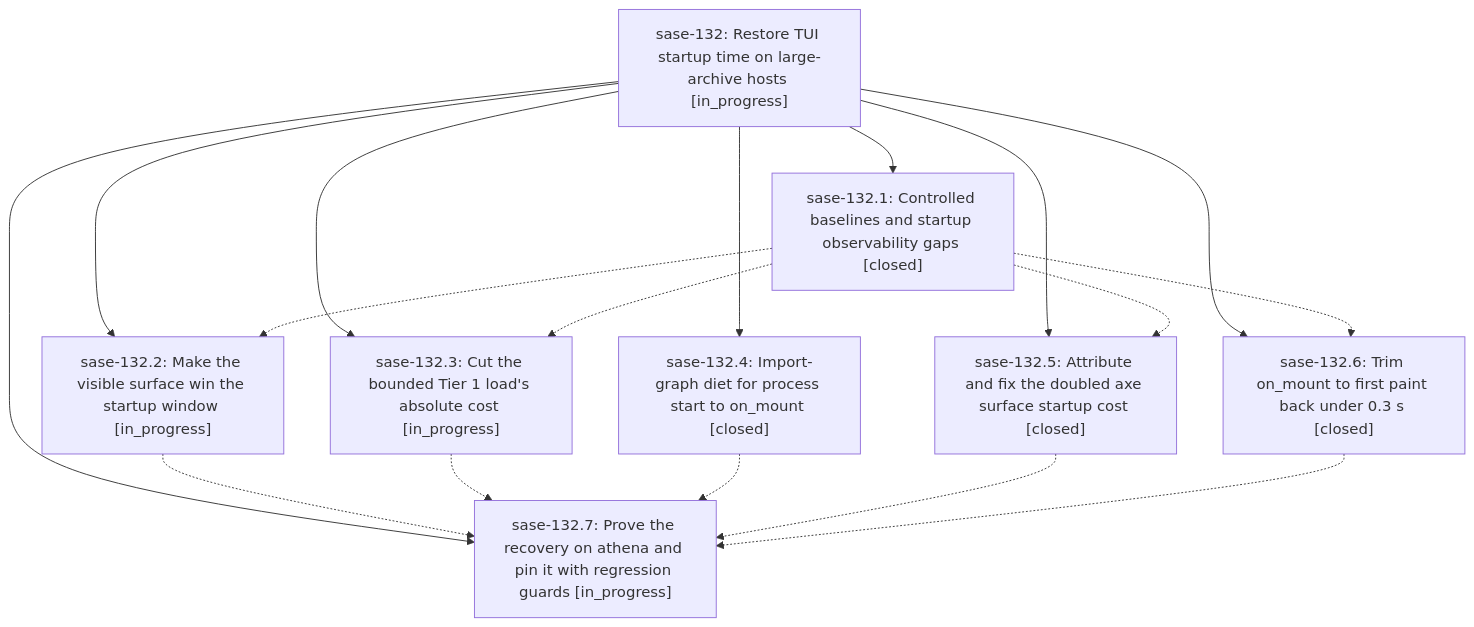
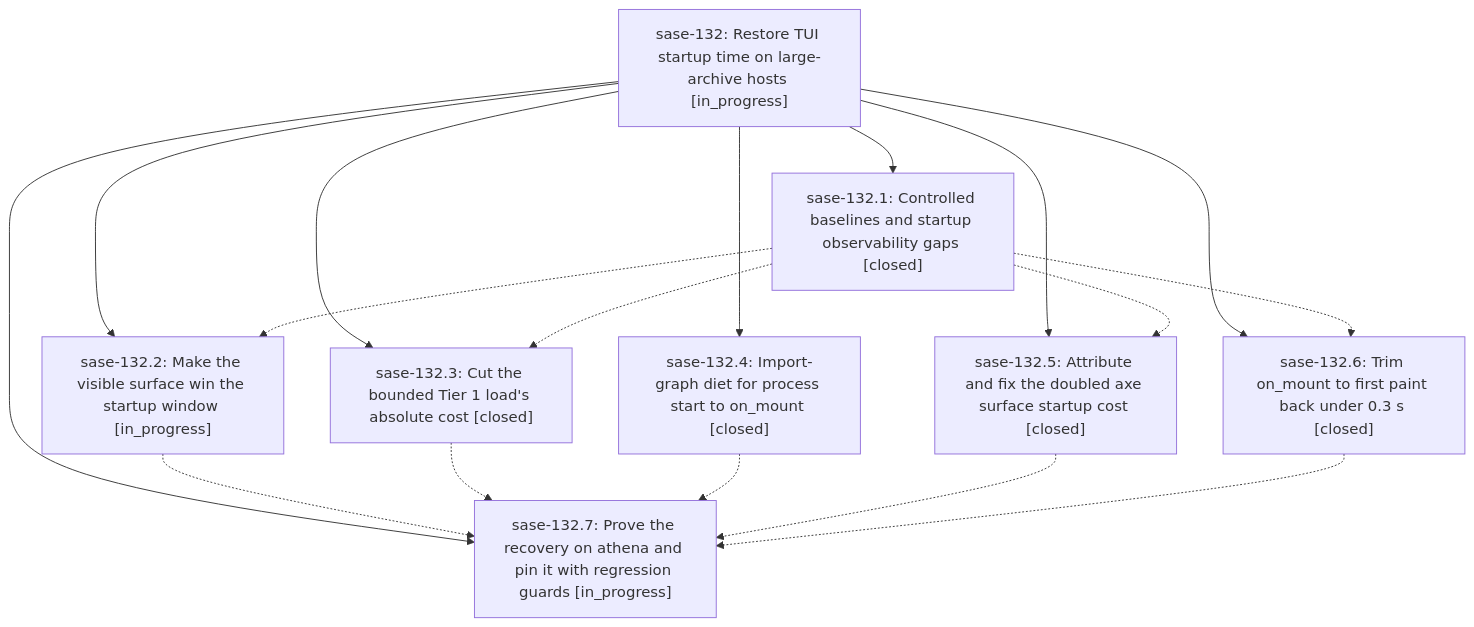
The diagram in pages/sase-132/README.md (sase-org/sase--beads), drawn with Mermaid before and after one commit. The commit also changed other lines of this file and 3 other files, not shown here.

````diff
--- a/pages/sase-132/README.md
+++ b/pages/sase-132/README.md
@@ -40,27 +40,27 @@
 ```mermaid
 flowchart TD
     n0["sase-132: Restore TUI startup time on large-archive hosts [in_progress]"]
     n1["sase-132.1: Controlled baselines and startup observability gaps [closed]"]
     n2["sase-132.2: Make the visible surface win the startup window [in_progress]"]
-    n3["sase-132.3: Cut the bounded Tier 1 load's absolute cost [in_progress]"]
+    n3["sase-132.3: Cut the bounded Tier 1 load's absolute cost [closed]"]
     n4["sase-132.4: Import-graph diet for process start to on_mount [closed]"]
     n5["sase-132.5: Attribute and fix the doubled axe surface startup cost [closed]"]
     n6["sase-132.6: Trim on_mount to first paint back under 0.3 s [closed]"]
     n7["sase-132.7: Prove the recovery on athena and pin it with regression guards [in_progress]"]
     n0 --> n1
     n0 --> n2
     n0 --> n3
     n0 --> n4
     n0 --> n5
     n0 --> n6
     n0 --> n7
     n1 -.-> n2
     n1 -.-> n3
     n1 -.-> n5
     n1 -.-> n6
     n2 -.-> n7
     n3 -.-> n7
     n4 -.-> n7
     n5 -.-> n7
     n6 -.-> n7
 ```
````
